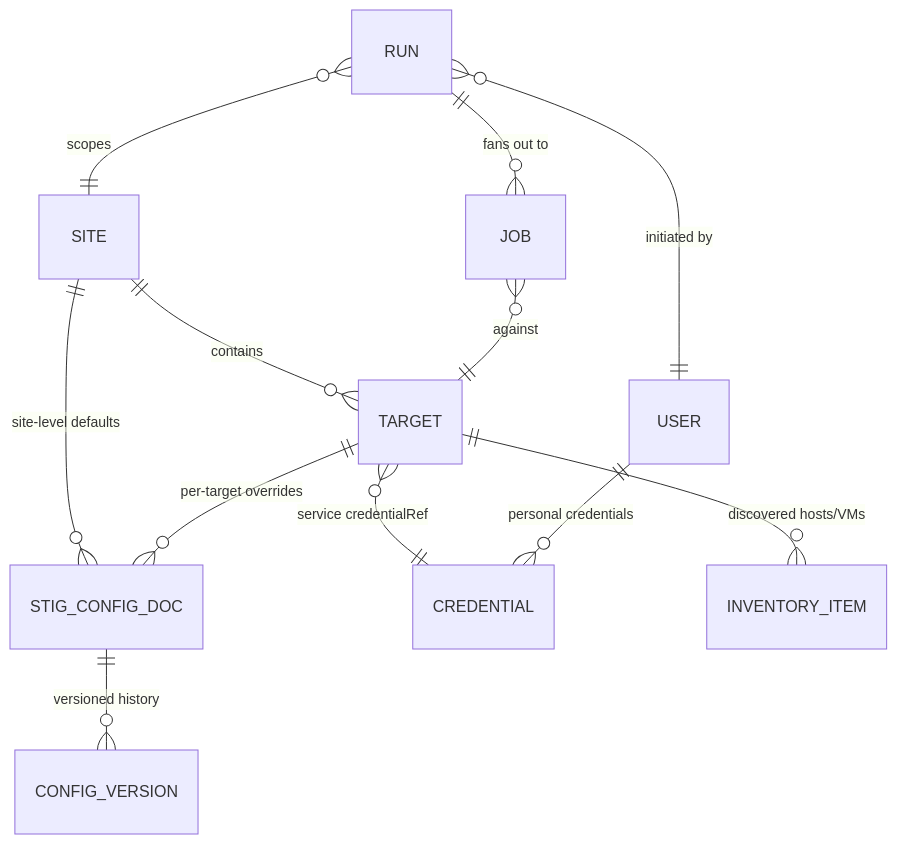
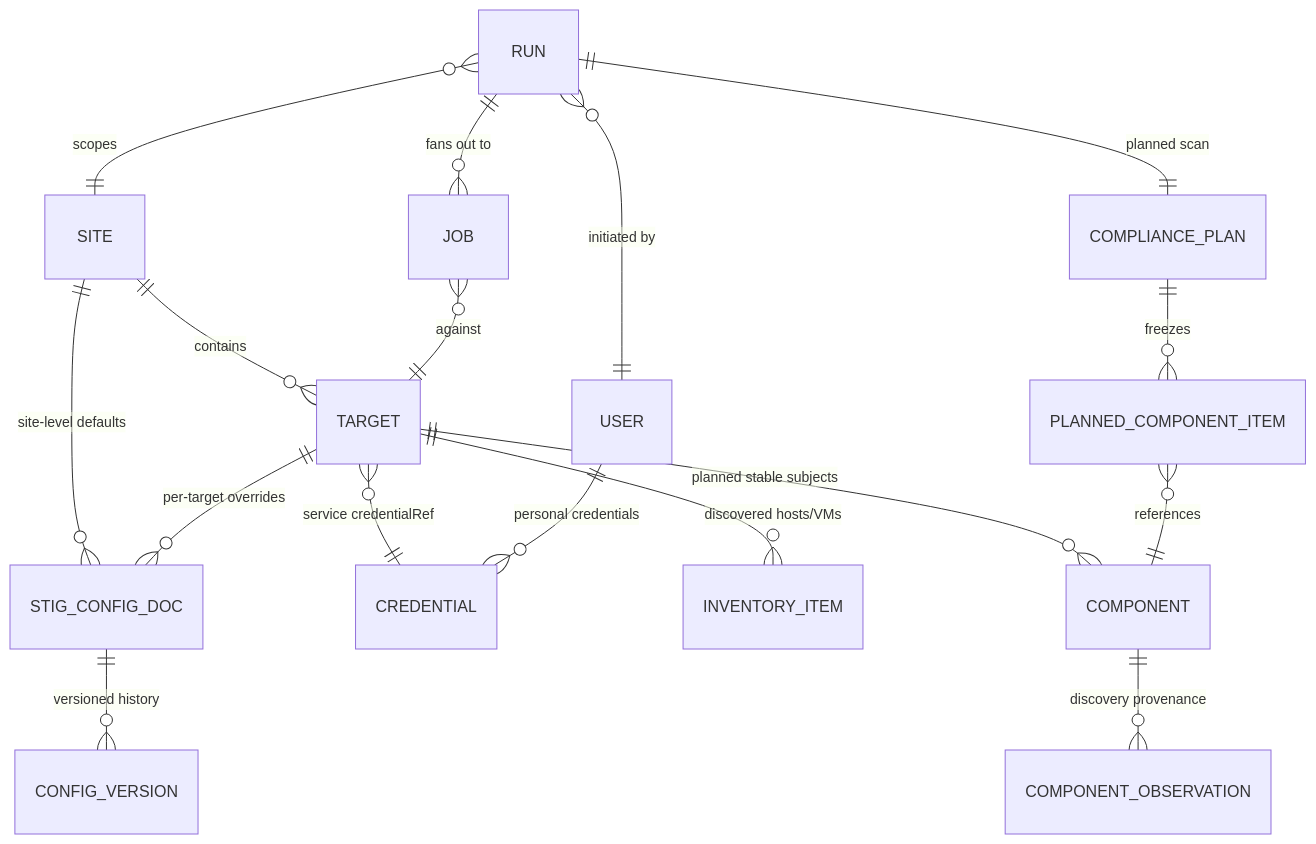
The diagram in docs/domain-model.md (blac9216/waypoint), drawn with Mermaid before and after one commit. The commit also changed other lines of this file and 3 other files, not shown here.

````diff
--- a/docs/domain-model.md
+++ b/docs/domain-model.md
@@ -8,14 +8,19 @@
 ```mermaid
 erDiagram
     SITE ||--o{ TARGET : contains
     SITE ||--o{ STIG_CONFIG_DOC : "site-level defaults"
     TARGET ||--o{ STIG_CONFIG_DOC : "per-target overrides"
     TARGET }o--|| CREDENTIAL : "service credentialRef"
     TARGET ||--o{ INVENTORY_ITEM : "discovered hosts/VMs"
+    TARGET ||--o{ COMPONENT : "planned stable subjects"
+    COMPONENT ||--o{ COMPONENT_OBSERVATION : "discovery provenance"
     USER ||--o{ CREDENTIAL : "personal credentials"
     RUN ||--o{ JOB : "fans out to"
+    RUN ||--|| COMPLIANCE_PLAN : "planned scan"
+    COMPLIANCE_PLAN ||--o{ PLANNED_COMPONENT_ITEM : freezes
+    PLANNED_COMPONENT_ITEM }o--|| COMPONENT : references
     JOB }o--|| TARGET : against
     RUN }o--|| SITE : scopes
     RUN }o--|| USER : "initiated by"
     STIG_CONFIG_DOC ||--o{ CONFIG_VERSION : "versioned history"
 ```
````
